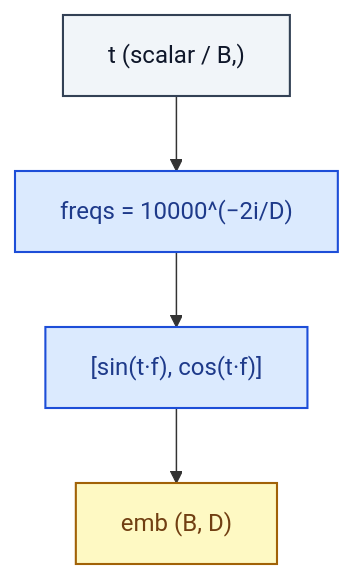
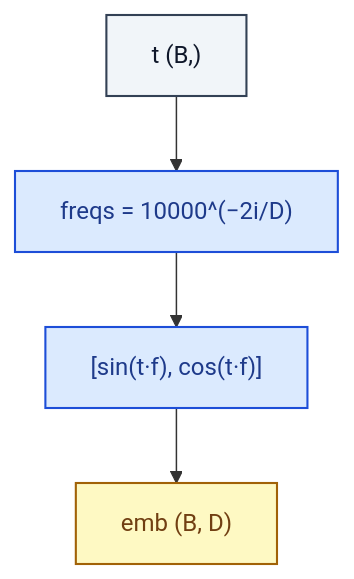
The diagram in unet_diffusion/SinusoidalTimeEmbedding.md (RealityShifts/Srivastava-book-of-Blocks-diagrams), drawn with Mermaid before and after one commit. The commit also changed 123 other files, not shown here.

````diff
--- a/unet_diffusion/SinusoidalTimeEmbedding.md
+++ b/unet_diffusion/SinusoidalTimeEmbedding.md
@@ -7,19 +7,20 @@
 ```mermaid
 flowchart TD
-    n0_0["t  (scalar / B,)"]:::io
+    n0_0["t  (B,)"]:::io
     n1_0["freqs = 10000^(−2i/D)"]:::op
     n2_0["[sin(t·f),  cos(t·f)]"]:::op
     n3_0["emb  (B, D)"]:::emb
     n0_0 --> n1_0
     n1_0 --> n2_0
     n2_0 --> n3_0
     classDef io fill:#f1f5f9,stroke:#334155,stroke-width:1.4px,color:#0f172a
     classDef op fill:#dbeafe,stroke:#1d4ed8,stroke-width:1.4px,color:#1e3a8a
     classDef norm fill:#dcfce7,stroke:#15803d,stroke-width:1.4px,color:#14532d
     classDef act fill:#ffedd5,stroke:#c2410c,stroke-width:1.4px,color:#7c2d12
     classDef attn fill:#ede9fe,stroke:#6d28d9,stroke-width:1.4px,color:#4c1d95
     classDef merge fill:#fef3c7,stroke:#b45309,stroke-width:1.4px,color:#78350f
     classDef emb fill:#fef9c3,stroke:#a16207,stroke-width:1.4px,color:#713f12
     classDef loss fill:#fee2e2,stroke:#b91c1c,stroke-width:1.4px,color:#7f1d1d
     classDef ctrl fill:#f5f5f4,stroke:#52525b,stroke-width:1.4px,color:#27272a
+    classDef ref fill:#e0f2fe,stroke:#0369a1,stroke-width:2px,color:#0c4a6e,stroke-dasharray: 4 2
 ```
````
